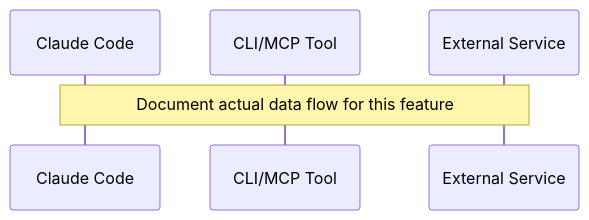
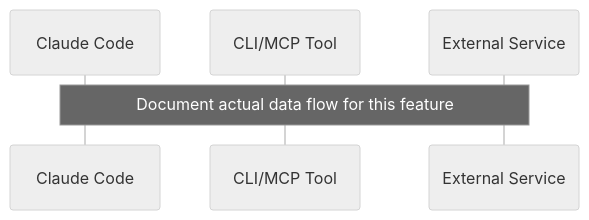
Before and after one commit to hummer98/sdd-orchestrator: the first of 2 diagrams in .kiro/settings/templates/specs/design.md, drawn with Mermaid. The commit also changed other lines of this file and 3 other files, not shown here.

First line of the commit message:
fix(mermaid): Mermaid図にneutralテーマを適用しダーク/ライト両対応

````diff
--- a/.kiro/settings/templates/specs/design.md
+++ b/.kiro/settings/templates/specs/design.md
@@ -80,7 +80,8 @@
 ```mermaid
+%%{init: {'theme': 'neutral'}}%%
 sequenceDiagram
     participant CC as Claude Code
     participant Tool as CLI/MCP Tool
     participant Ext as External Service
     Note over CC,Ext: Document actual data flow for this feature
 ```
````
